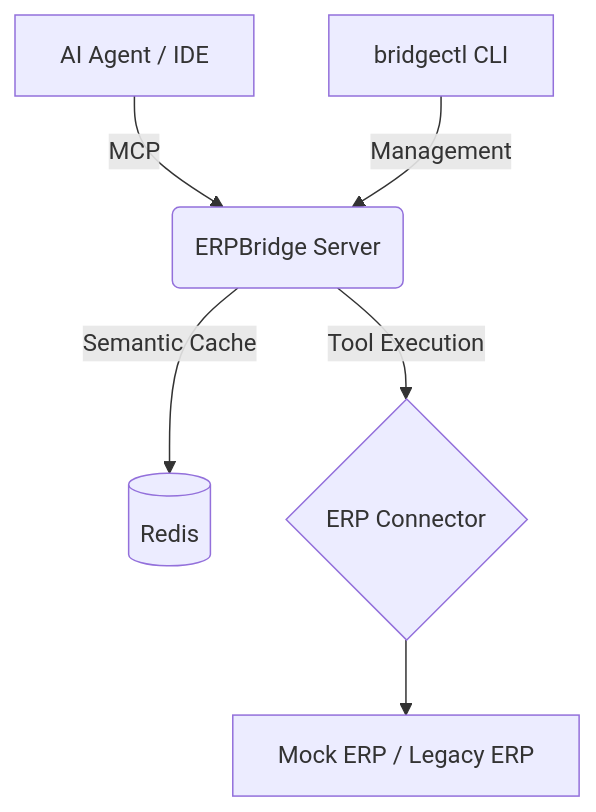
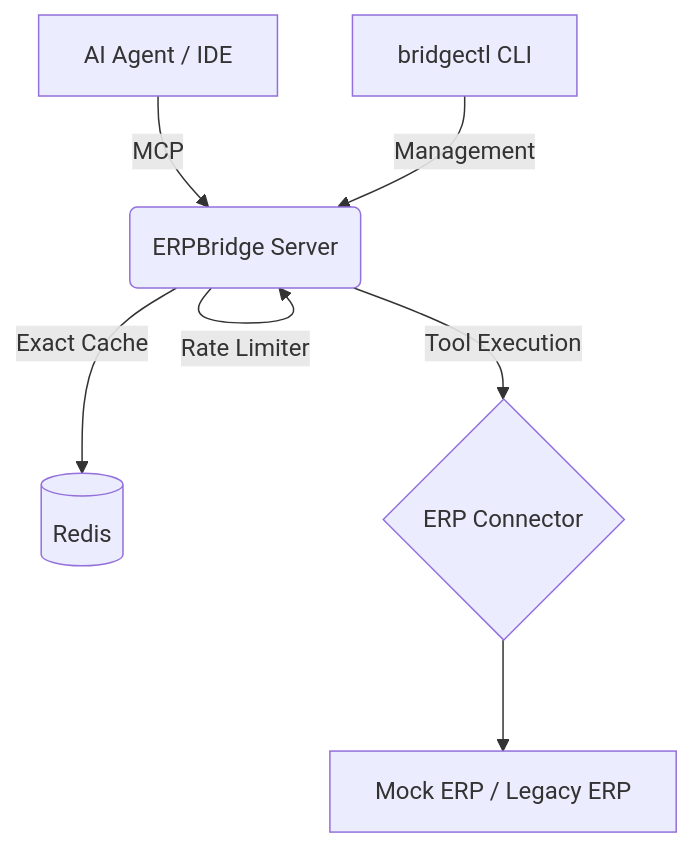
One commit to GayashanHansaja/R26-SE-034 changed the diagram in README.md. Above: the diagram before and after it, drawn with Mermaid. The commit also changed other lines of this file and 10 other files, not shown here.

````diff
--- a/README.md
+++ b/README.md
@@ -24,8 +25,9 @@
 ```mermaid
 graph TD
     A[AI Agent / IDE] -->|MCP| B(ERPBridge Server)
-    B -->|Semantic Cache| C[(Redis)]
+    B -->|Rate Limiter| B
+    B -->|Exact Cache| C[(Redis)]
     B -->|Tool Execution| D{ERP Connector}
     D --> E[Mock ERP / Legacy ERP]
     F[bridgectl CLI] -->|Management| B
 ```
````
